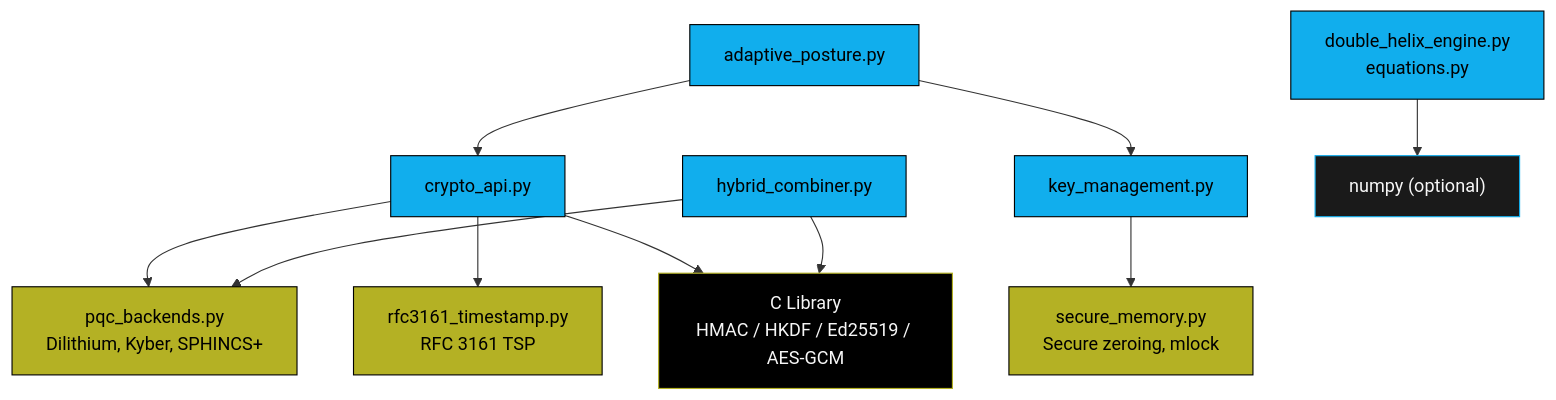
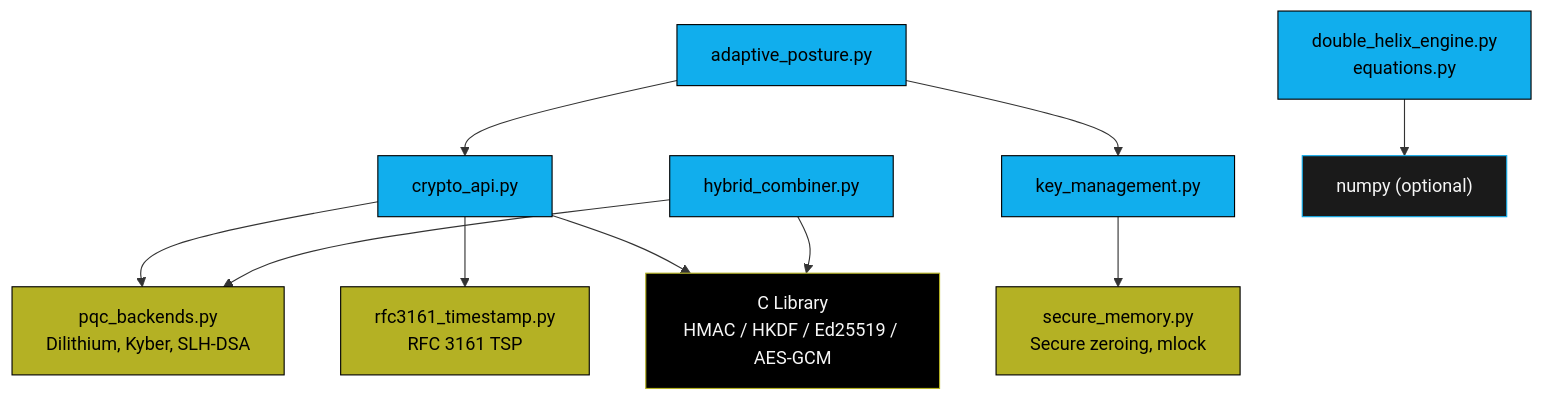
The fourth of 7 diagrams in wiki/Architecture.md (Steel-SecAdv-LLC/AMA-Cryptography), drawn with Mermaid before and after one commit. The commit also changed other lines of this file and 26 other files, not shown here.

````diff
--- a/wiki/Architecture.md
+++ b/wiki/Architecture.md
@@ -183,21 +183,21 @@
 ```mermaid
 flowchart TD
-    capi["crypto_api.py"]:::blue --> pqc["pqc_backends.py\nDilithium, Kyber, SPHINCS+"]:::gold
+    capi["crypto_api.py"]:::blue --> pqc["pqc_backends.py\nDilithium, Kyber, SLH-DSA"]:::gold
     capi --> rfc["rfc3161_timestamp.py\nRFC 3161 TSP"]:::gold
     capi --> clib["C Library\nHMAC / HKDF / Ed25519 / AES-GCM"]:::black
 
     km["key_management.py"]:::blue --> sm["secure_memory.py\nSecure zeroing, mlock"]:::gold
 
     hc["hybrid_combiner.py"]:::blue --> clib
     hc --> pqc
 
     ap["adaptive_posture.py"]:::blue --> capi
     ap --> km
 
     dhe["double_helix_engine.py\nequations.py"]:::blue --> np["numpy (optional)"]:::gray
 
 classDef gold fill:#B4B124,stroke:#000000,color:#000000;
 classDef blue fill:#11AEED,stroke:#000000,color:#000000;
 classDef black fill:#000000,stroke:#B4B124,color:#f6f6f6;
 classDef gray fill:#1a1a1a,stroke:#11AEED,color:#f6f6f6;
 ```
````
